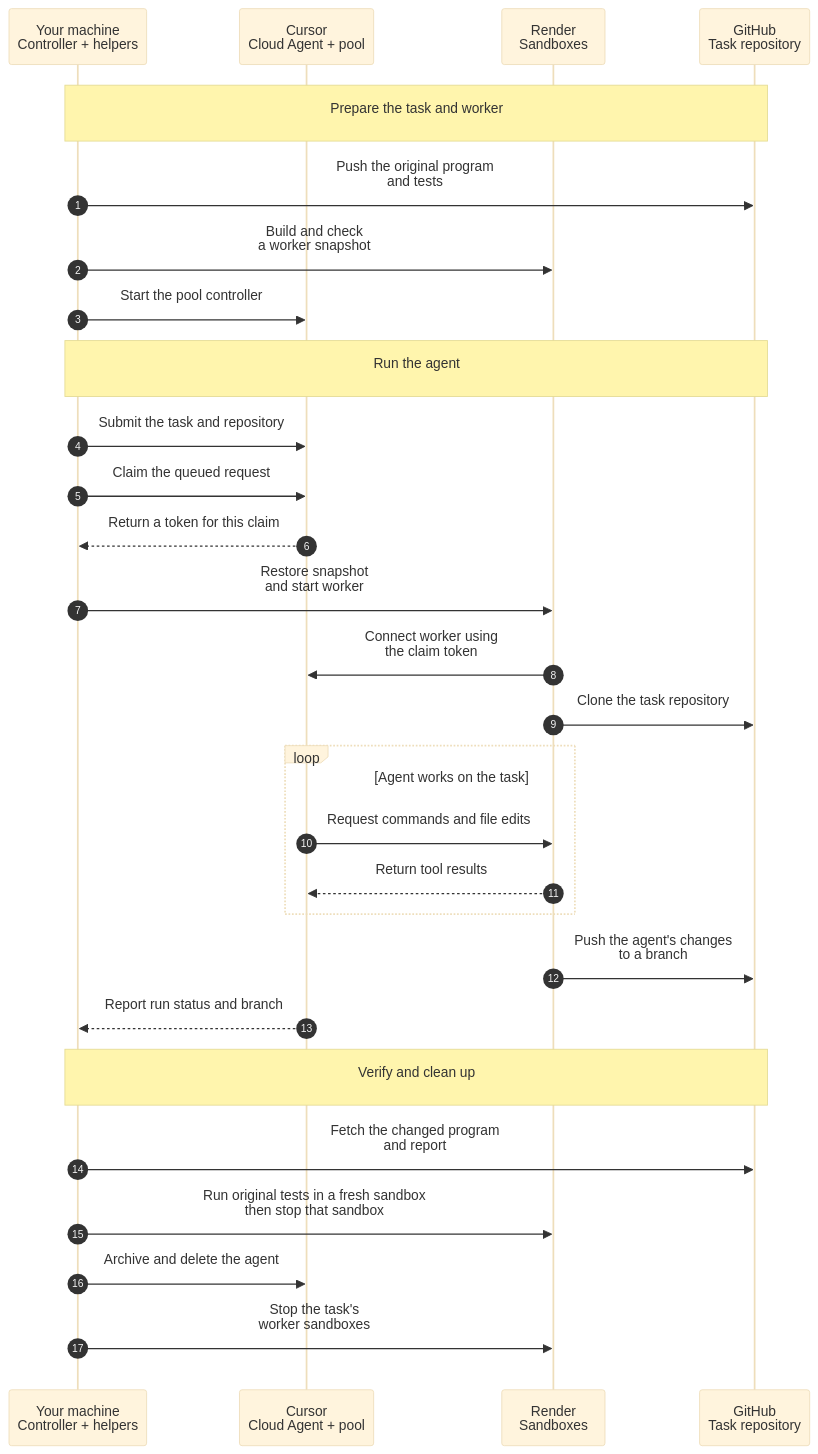
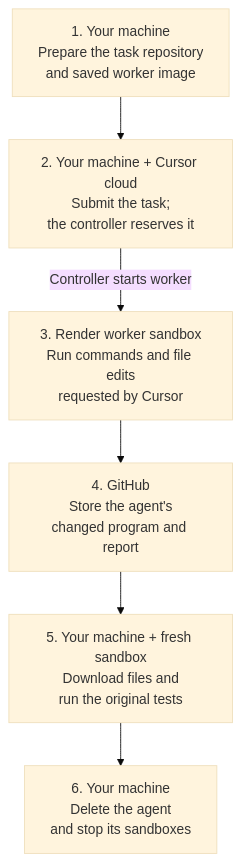
One commit to ojusave/cursor-cloud-agents-sandboxes changed the diagram in README.md. Above: the diagram before and after it, drawn with Mermaid (base theme). The commit also changed other lines of this file and 1 other file, not shown here.

Commit message:
docs: focus integration guides on setup and use

````diff
--- a/README.md
+++ b/README.md
@@ -15,34 +15,14 @@
 ```mermaid
-%%{init: {"sequence": {"boxMargin": 24, "boxTextMargin": 12, "noteMargin": 24, "messageMargin": 48, "diagramMarginY": 24, "actorMargin": 30, "width": 120}}}%%
-sequenceDiagram
-  autonumber
-  participant Client as Your machine<br>Controller + helpers
-  participant Cursor as Cursor<br>Cloud Agent + pool
-  participant Render as Render<br>Sandboxes
-  participant GitHub as GitHub<br>Task repository
-
-  Note over Client,GitHub: Prepare the task and worker
-  Client->>GitHub: Push the original program<br>and tests
-  Client->>Render: Build and check<br>a worker snapshot
-  Client->>Cursor: Start the pool controller
-
-  Note over Client,GitHub: Run the agent
-  Client->>Cursor: Submit the task and repository
-  Client->>Cursor: Claim the queued request
-  Cursor-->>Client: Return a token for this claim
-  Client->>Render: Restore snapshot<br>and start worker
-  Render->>Cursor: Connect worker using<br>the claim token
-  Render->>GitHub: Clone the task repository
-  loop Agent works on the task
-    Cursor->>Render: Request commands and file edits
-    Render-->>Cursor: Return tool results
-  end
-  Render->>GitHub: Push the agent's changes<br>to a branch
-  Cursor-->>Client: Report run status and branch
-
-  Note over Client,GitHub: Verify and clean up
-  Client->>GitHub: Fetch the changed program<br>and report
-  Client->>Render: Run original tests in a fresh sandbox<br>then stop that sandbox
-  Client->>Cursor: Archive and delete the agent
-  Client->>Render: Stop the task's<br>worker sandboxes
+flowchart TB
+    Setup["1. Your machine<br/>Prepare the task repository<br/>and saved worker image"]
+    Start["2. Your machine + Cursor cloud<br/>Submit the task;<br/>the controller reserves it"]
+    Work["3. Render worker sandbox<br/>Run commands and file edits<br/>requested by Cursor"]
+    Save["4. GitHub<br/>Store the agent's<br/>changed program and report"]
+    Verify["5. Your machine + fresh sandbox<br/>Download files and<br/>run the original tests"]
+    Clean["6. Your machine<br/>Delete the agent<br/>and stop its sandboxes"]
+    Setup --> Start
+    Start -->|Controller starts worker| Work
+    Work --> Save
+    Save --> Verify
+    Verify --> Clean
 ```
````
